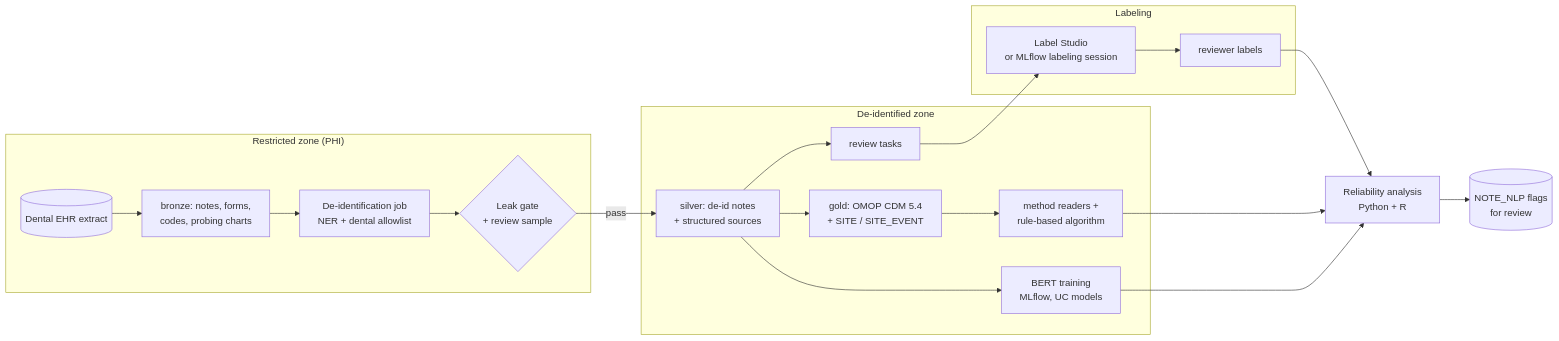
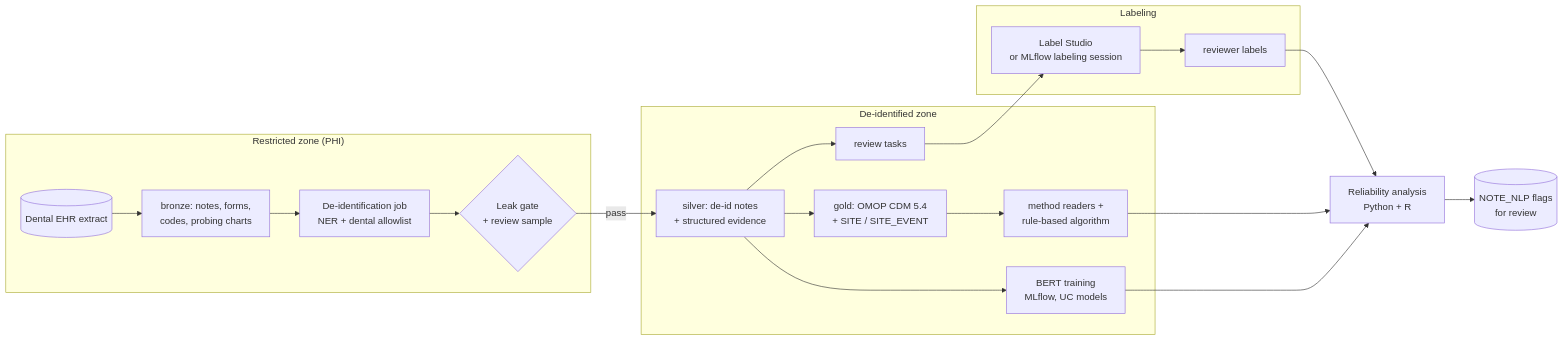
One commit to Health-Transformation-Lab/health-transformation-lab-nlp changed the diagram in docs/design_review_rsa.md. Above: the diagram before and after it, drawn with Mermaid. The commit also changed other lines of this file and 25 other files, not shown here.

First line of the commit message:
Call the seven per-visit inputs "evidence types", not "sources"

````diff
--- a/docs/design_review_rsa.md
+++ b/docs/design_review_rsa.md
@@ -22,23 +22,23 @@
 ```mermaid
 flowchart LR
     subgraph RAW["Restricted zone (PHI)"]
         EHR[(Dental EHR extract)] --> B[bronze: notes, forms,<br/>codes, probing charts]
         B --> DEID[De-identification job<br/>NER + dental allowlist]
         DEID --> GATE{Leak gate<br/>+ review sample}
     end
     subgraph DEID_Z["De-identified zone"]
-        GATE -- pass --> S[silver: de-id notes<br/>+ structured sources]
+        GATE -- pass --> S[silver: de-id notes<br/>+ structured evidence]
         S --> OMOP[gold: OMOP CDM 5.4<br/>+ SITE / SITE_EVENT]
         S --> TASKS[review tasks]
         OMOP --> M[method readers +<br/>rule-based algorithm]
         S --> TRAIN[BERT training<br/>MLflow, UC models]
     end
     subgraph LBL["Labeling"]
         TASKS --> LS[Label Studio<br/>or MLflow labeling session]
         LS --> RL[reviewer labels]
     end
     RL --> REL[Reliability analysis<br/>Python + R]
     M --> REL
     TRAIN --> REL
     REL --> NLP[(NOTE_NLP flags<br/>for review)]
 ```
````
